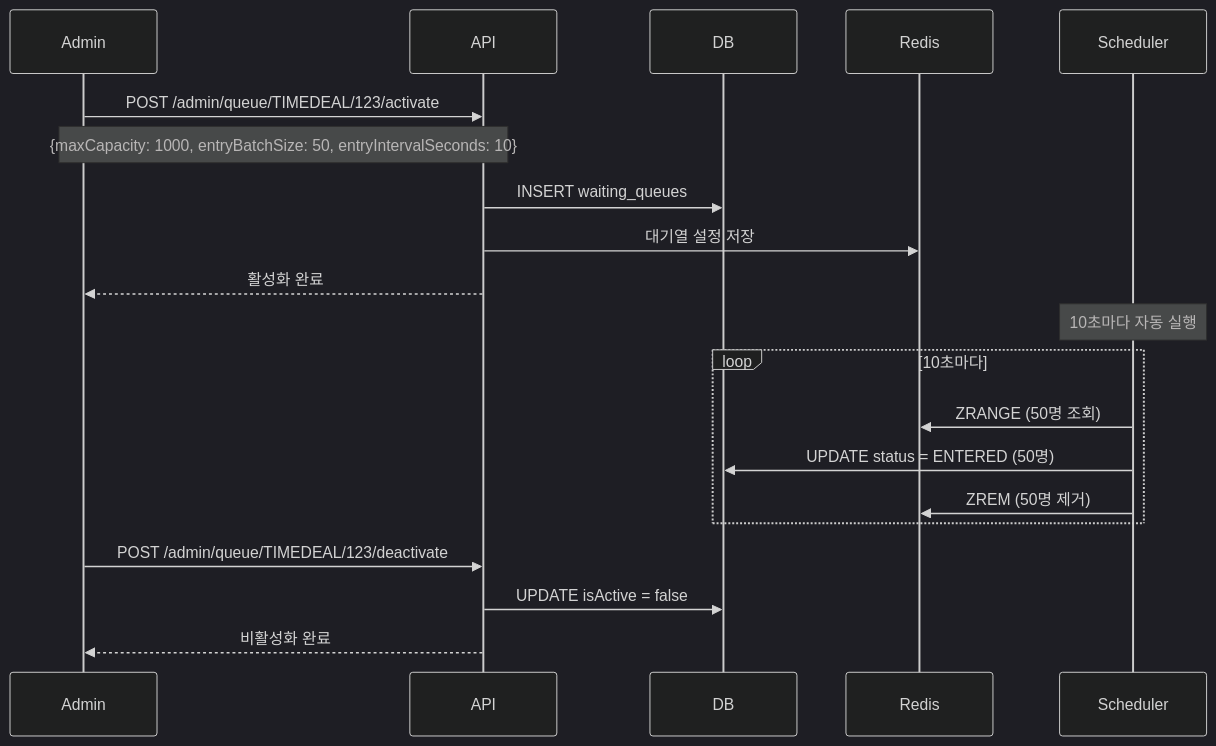
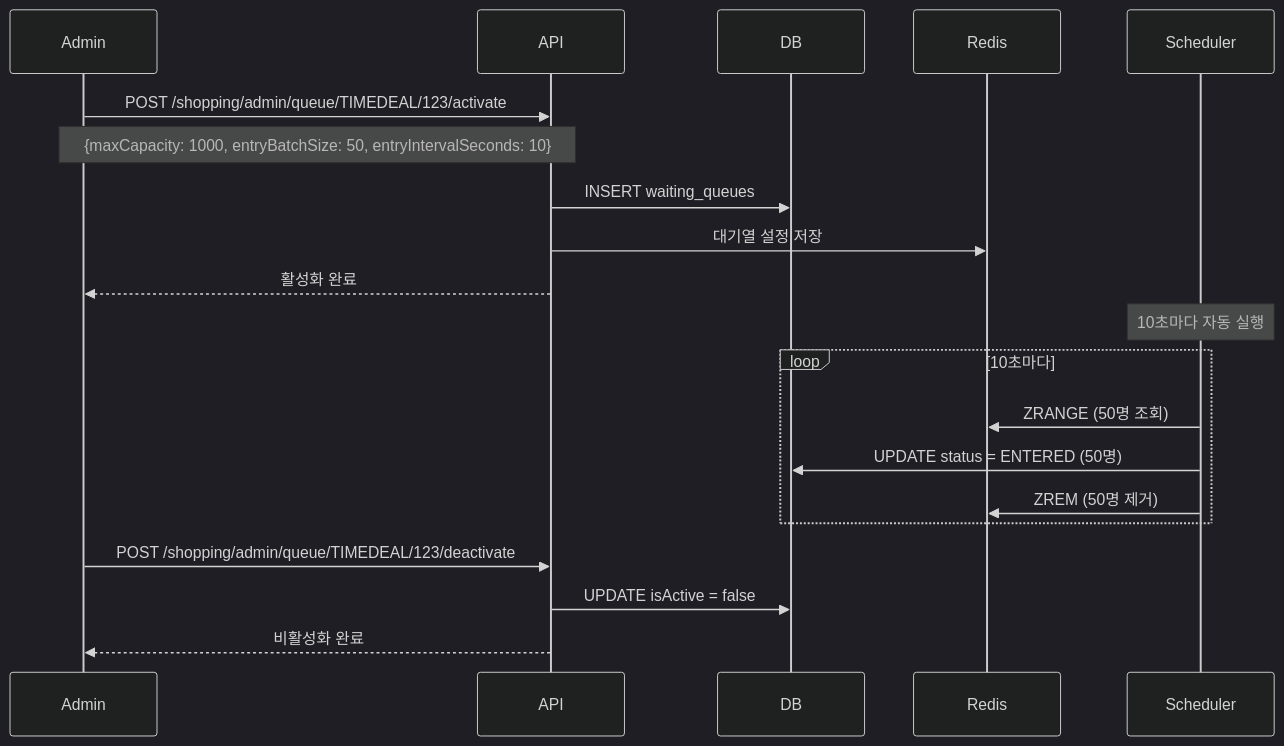
Before and after one commit to L-a-z-e/portal-universe: the diagram in docs/api/shopping-service/admin-queue-api.md, drawn with Mermaid (dark theme). The commit also changed other lines of this file and 3 other files, not shown here.

First line of the commit message:
fix(docs): correct admin-queue-api base URL and product-api broken link

````diff
--- a/docs/api/shopping-service/admin-queue-api.md
+++ b/docs/api/shopping-service/admin-queue-api.md
@@ -230,27 +230,27 @@
 ```mermaid
 sequenceDiagram
     participant Admin
     participant API
     participant DB
     participant Redis
     participant Scheduler
 
-    Admin->>API: POST /admin/queue/TIMEDEAL/123/activate
+    Admin->>API: POST /shopping/admin/queue/TIMEDEAL/123/activate
     Note over Admin,API: {maxCapacity: 1000, entryBatchSize: 50, entryIntervalSeconds: 10}
 
     API->>DB: INSERT waiting_queues
     API->>Redis: 대기열 설정 저장
     API-->>Admin: 활성화 완료
 
     Note over Scheduler: 10초마다 자동 실행
 
     loop 10초마다
         Scheduler->>Redis: ZRANGE (50명 조회)
         Scheduler->>DB: UPDATE status = ENTERED (50명)
         Scheduler->>Redis: ZREM (50명 제거)
     end
 
-    Admin->>API: POST /admin/queue/TIMEDEAL/123/deactivate
+    Admin->>API: POST /shopping/admin/queue/TIMEDEAL/123/deactivate
     API->>DB: UPDATE isActive = false
     API-->>Admin: 비활성화 완료
 ```
````
